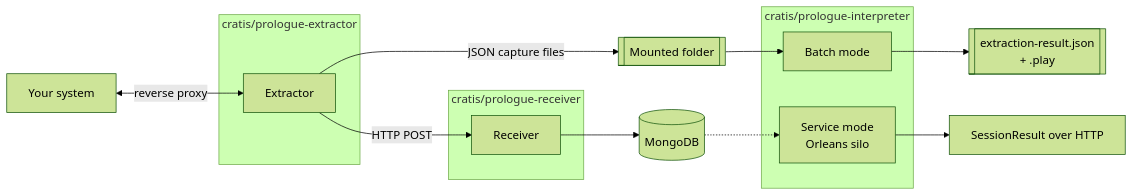
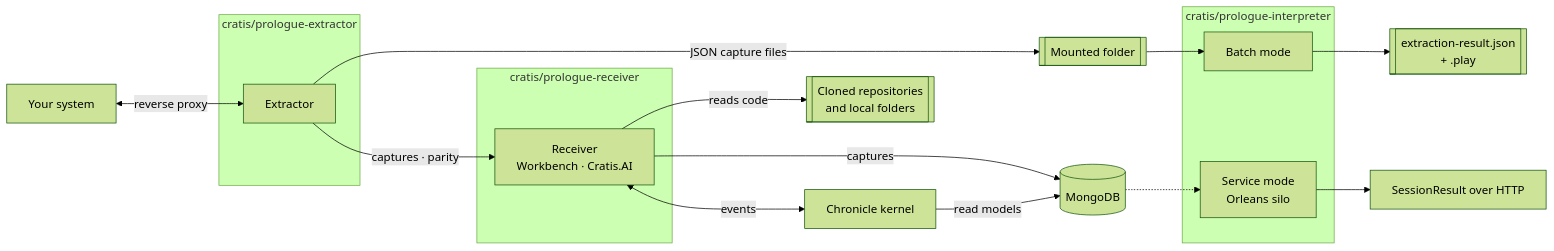
One commit to Cratis/Prologue changed the first of 2 diagrams in Documentation/architecture.md. Above: the diagram before and after it, drawn with Mermaid (forest theme). The commit also changed other lines of this file and 2 other files, not shown here.

First line of the commit message:
Describe the Receiver's Chronicle dependency and the Workbench

````diff
--- a/Documentation/architecture.md
+++ b/Documentation/architecture.md
@@ -13,18 +14,22 @@
 ```mermaid
 flowchart LR
     subgraph "cratis/prologue-extractor"
         Ext["Extractor"]
     end
     subgraph "cratis/prologue-receiver"
-        Rcv["Receiver"]
+        Rcv["Receiver\nWorkbench · Cratis.AI"]
     end
     subgraph "cratis/prologue-interpreter"
         Batch["Batch mode"]
         Service["Service mode\nOrleans silo"]
     end
     Sys["Your system"] <-->|"reverse proxy"| Ext
     Ext -->|"JSON capture files"| Folder[["Mounted folder"]]
-    Ext -->|"HTTP POST"| Rcv --> Mongo[("MongoDB")]
+    Ext -->|"captures · parity"| Rcv
+    Rcv -->|"captures"| Mongo[("MongoDB")]
+    Rcv <-->|"events"| Chron["Chronicle kernel"]
+    Chron -->|"read models"| Mongo
+    Rcv -->|"reads code"| Repos[["Cloned repositories\nand local folders"]]
     Folder --> Batch --> Files[["extraction-result.json\n+ .play"]]
     Mongo -.-> Service --> Api["SessionResult over HTTP"]
 ```
````
